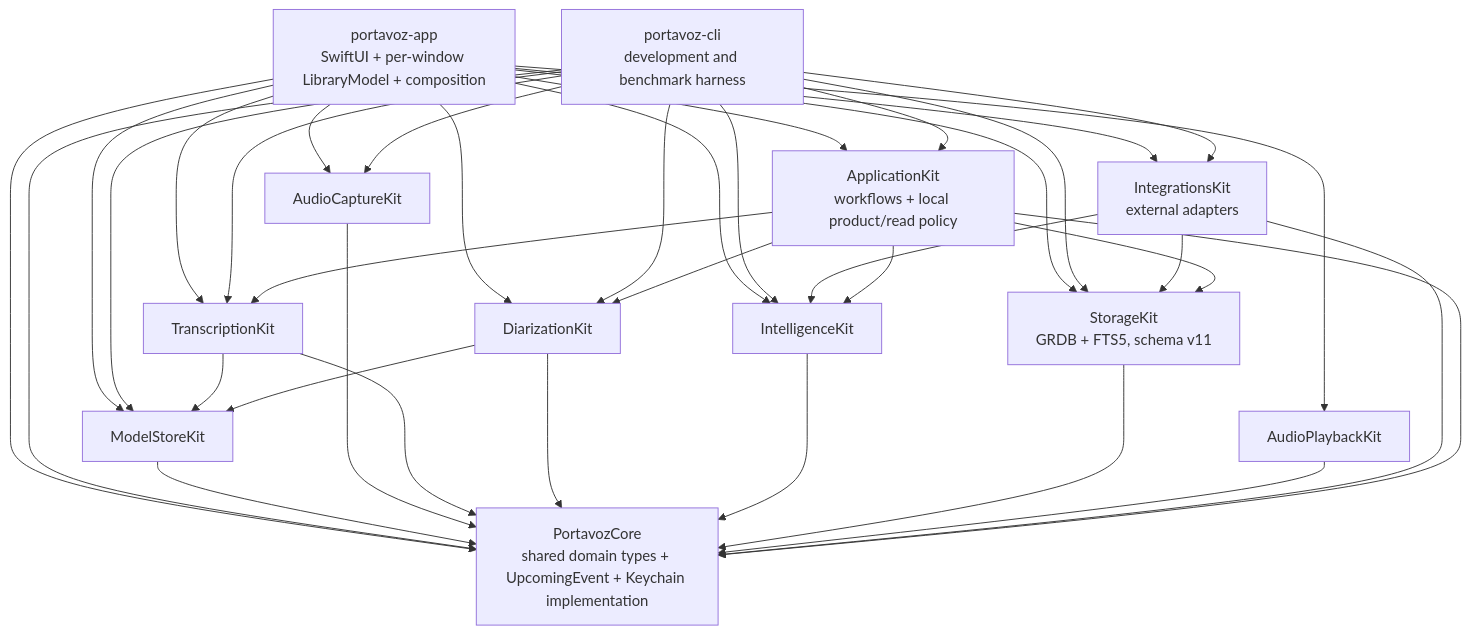
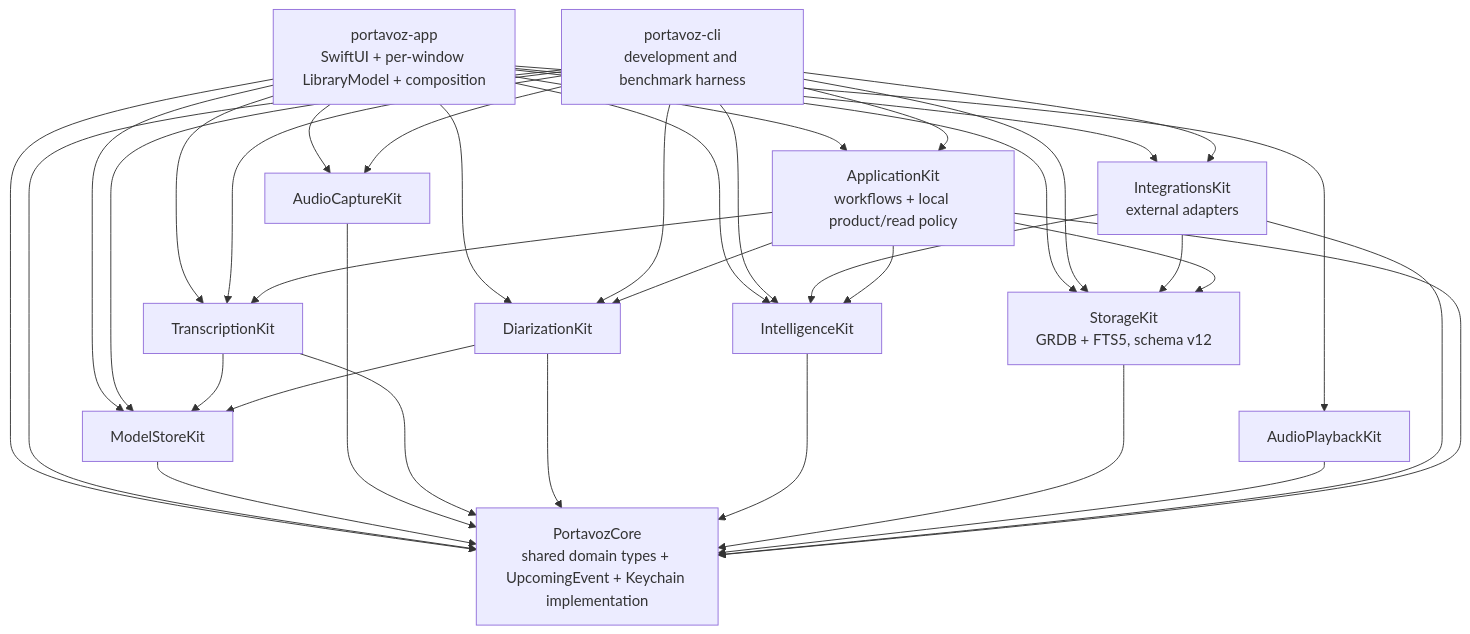
Before and after one commit to johnny4young/portavoz: the first of 3 diagrams in docs/refactor-20260714.md, drawn with Mermaid. The commit also changed other lines of this file and 36 other files, not shown here.

````diff
--- a/docs/refactor-20260714.md
+++ b/docs/refactor-20260714.md
@@ -108,52 +108,52 @@
 ```mermaid
 flowchart TB
     APP["portavoz-app\nSwiftUI + per-window LibraryModel + composition"]
     CLI["portavoz-cli\ndevelopment and benchmark harness"]
     APPLICATION["ApplicationKit\nworkflows + local product/read policy"]
     CORE["PortavozCore\nshared domain types + UpcomingEvent + Keychain implementation"]
     MODEL["ModelStoreKit"]
     CAPTURE["AudioCaptureKit"]
     STT["TranscriptionKit"]
     DIAR["DiarizationKit"]
     INTEL["IntelligenceKit"]
-    STORE["StorageKit\nGRDB + FTS5, schema v11"]
+    STORE["StorageKit\nGRDB + FTS5, schema v12"]
     PLAYBACK["AudioPlaybackKit"]
     INTEGRATIONS["IntegrationsKit\nexternal adapters"]
 
     APP --> CORE
     APP --> APPLICATION
     APP --> MODEL
     APP --> CAPTURE
     APP --> STT
     APP --> DIAR
     APP --> INTEL
     APP --> STORE
     APP --> PLAYBACK
     APP --> INTEGRATIONS
     CLI --> CORE
     CLI --> APPLICATION
     CLI --> MODEL
     CLI --> CAPTURE
     CLI --> STT
     CLI --> DIAR
     CLI --> INTEL
     CLI --> STORE
     CLI --> INTEGRATIONS
     MODEL --> CORE
     CAPTURE --> CORE
     STT --> CORE
     STT --> MODEL
     DIAR --> CORE
     DIAR --> MODEL
     INTEL --> CORE
     STORE --> CORE
     PLAYBACK --> CORE
     INTEGRATIONS --> CORE
     INTEGRATIONS --> INTEL
     INTEGRATIONS --> STORE
     APPLICATION --> CORE
     APPLICATION --> STT
     APPLICATION --> DIAR
     APPLICATION --> INTEL
     APPLICATION --> STORE
 ```
````
